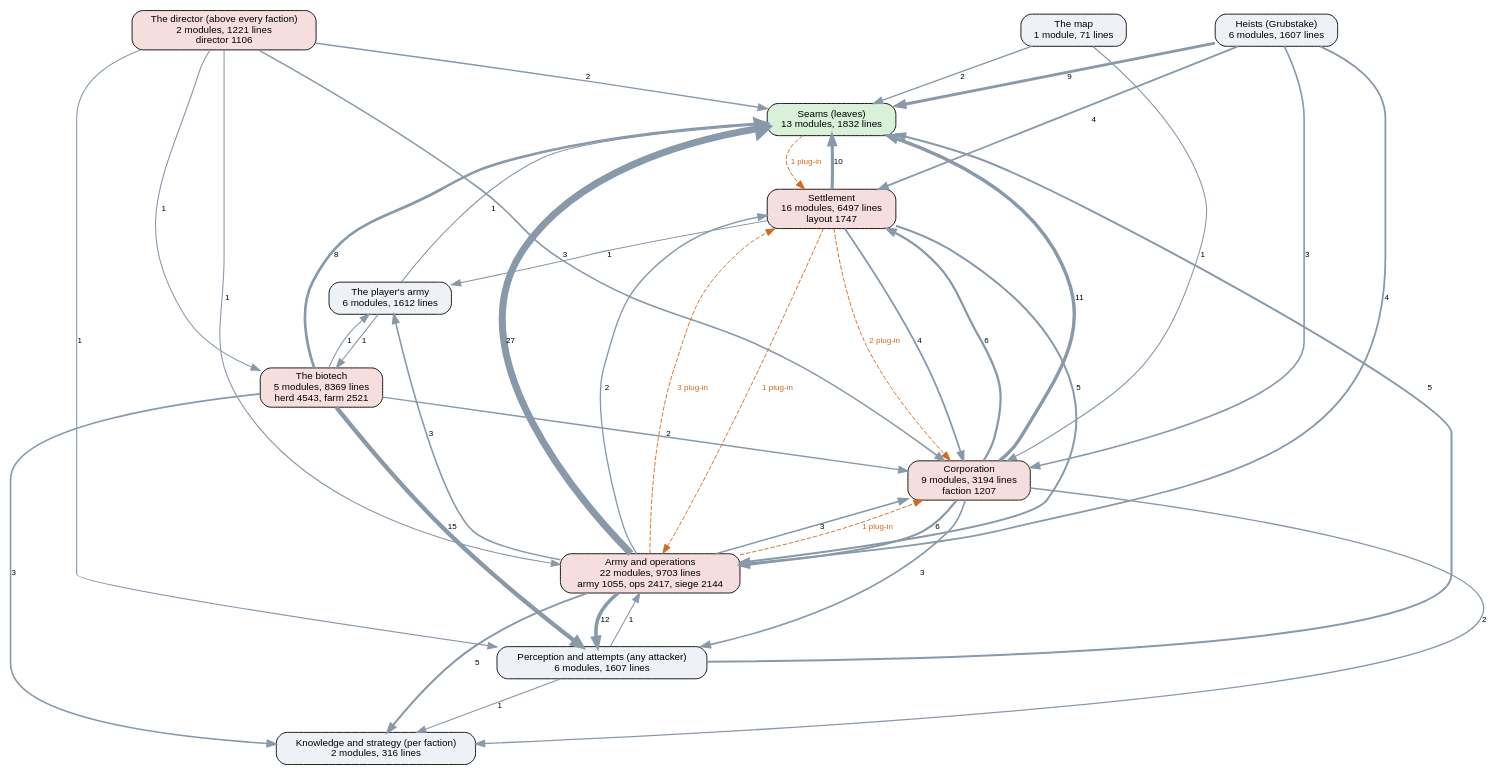
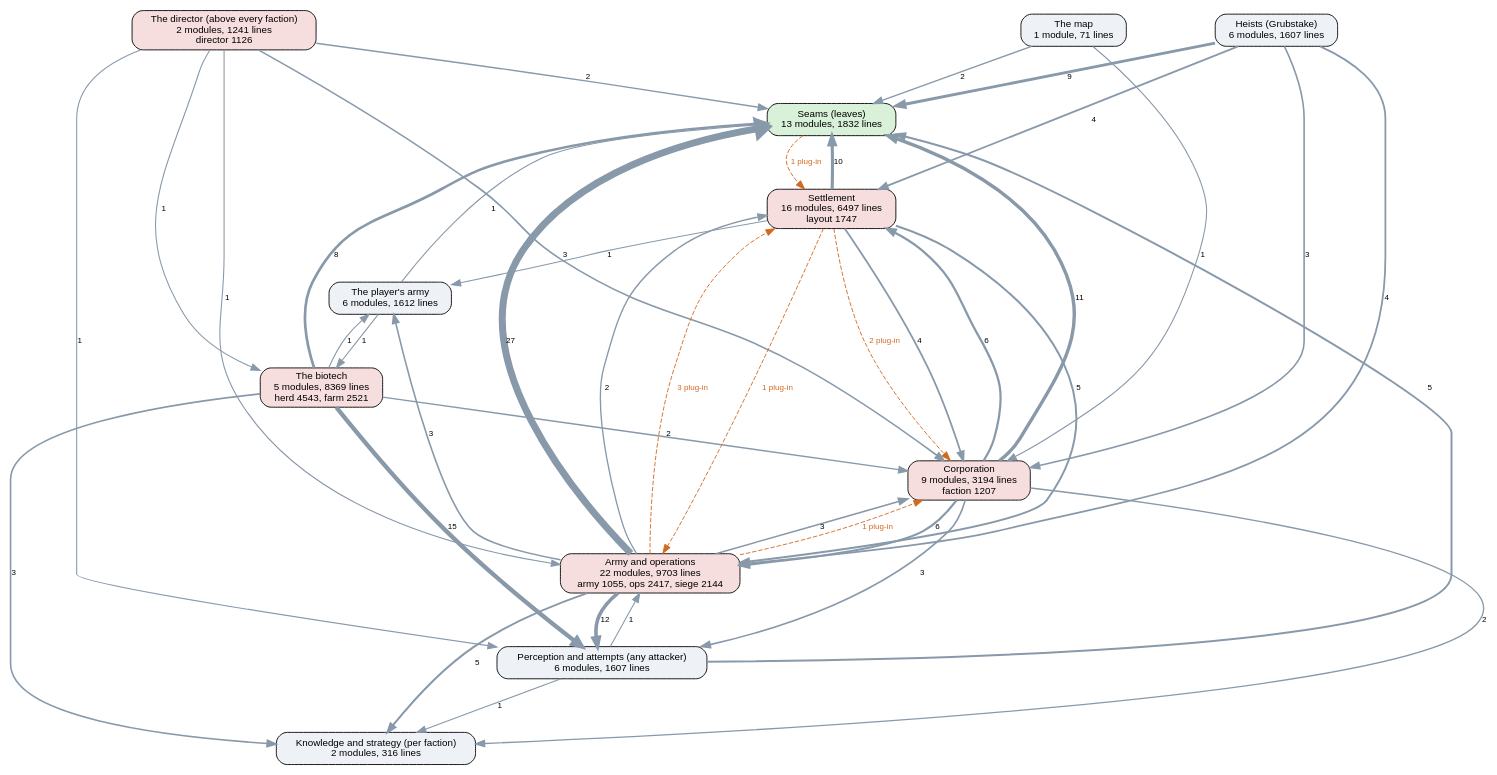
Before and after one commit to kinelhu/landing-party: the diagram in docs/ai-layers.dot, drawn with Graphviz. The commit also changed 11 other files, not shown here.

```diff
--- a/docs/ai-layers.dot
+++ b/docs/ai-layers.dot
@@ -1,57 +1,57 @@
 digraph layers {
   graph [rankdir=TB, fontname="Helvetica", nodesep=0.5, ranksep=0.7];
   node [shape=box, style="rounded,filled", fontname="Helvetica", fontsize=11, fillcolor="#eef2f7"];
   edge [color="#8899aa", fontname="Helvetica", fontsize=9];
   "Seams (leaves)" [label="Seams (leaves)\n13 modules, 1832 lines", fillcolor="#d9f0d9"];
   "Perception and attempts (any attacker)" [label="Perception and attempts (any attacker)\n6 modules, 1607 lines", fillcolor="#eef2f7"];
   "Knowledge and strategy (per faction)" [label="Knowledge and strategy (per faction)\n2 modules, 316 lines", fillcolor="#eef2f7"];
-  "The director (above every faction)" [label="The director (above every faction)\n2 modules, 1221 lines\ndirector 1106", fillcolor="#f7dede"];
+  "The director (above every faction)" [label="The director (above every faction)\n2 modules, 1241 lines\ndirector 1126", fillcolor="#f7dede"];
   "Corporation" [label="Corporation\n9 modules, 3194 lines\nfaction 1207", fillcolor="#f7dede"];
   "Settlement" [label="Settlement\n16 modules, 6497 lines\nlayout 1747", fillcolor="#f7dede"];
   "Army and operations" [label="Army and operations\n22 modules, 9703 lines\narmy 1055, ops 2417, siege 2144", fillcolor="#f7dede"];
   "Heists (Grubstake)" [label="Heists (Grubstake)\n6 modules, 1607 lines", fillcolor="#eef2f7"];
   "The biotech" [label="The biotech\n5 modules, 8369 lines\nherd 4543, farm 2521", fillcolor="#f7dede"];
   "The map" [label="The map\n1 module, 71 lines", fillcolor="#eef2f7"];
   "The player's army" [label="The player's army\n6 modules, 1612 lines", fillcolor="#eef2f7"];
   "Army and operations" -> "Corporation" [label="3", penwidth=1.8];
   "Army and operations" -> "Knowledge and strategy (per faction)" [label="5", penwidth=2.2];
   "Army and operations" -> "Perception and attempts (any attacker)" [label="12", penwidth=4.0];
   "Army and operations" -> "Seams (leaves)" [label="27", penwidth=7.8];
   "Army and operations" -> "Settlement" [label="2", penwidth=1.5];
   "Army and operations" -> "The player's army" [label="3", penwidth=1.8];
   "Corporation" -> "Army and operations" [label="6", penwidth=2.5];
   "Corporation" -> "Knowledge and strategy (per faction)" [label="2", penwidth=1.5];
   "Corporation" -> "Perception and attempts (any attacker)" [label="3", penwidth=1.8];
   "Corporation" -> "Seams (leaves)" [label="11", penwidth=3.8];
   "Corporation" -> "Settlement" [label="6", penwidth=2.5];
   "Heists (Grubstake)" -> "Army and operations" [label="4", penwidth=2.0];
   "Heists (Grubstake)" -> "Corporation" [label="3", penwidth=1.8];
   "Heists (Grubstake)" -> "Seams (leaves)" [label="9", penwidth=3.2];
   "Heists (Grubstake)" -> "Settlement" [label="4", penwidth=2.0];
   "Perception and attempts (any attacker)" -> "Army and operations" [label="1", penwidth=1.2];
   "Perception and attempts (any attacker)" -> "Knowledge and strategy (per faction)" [label="1", penwidth=1.2];
   "Perception and attempts (any attacker)" -> "Seams (leaves)" [label="5", penwidth=2.2];
   "Settlement" -> "Army and operations" [label="5", penwidth=2.2];
   "Settlement" -> "Corporation" [label="4", penwidth=2.0];
   "Settlement" -> "Seams (leaves)" [label="10", penwidth=3.5];
   "Settlement" -> "The player's army" [label="1", penwidth=1.2];
   "The biotech" -> "Corporation" [label="2", penwidth=1.5];
   "The biotech" -> "Knowledge and strategy (per faction)" [label="3", penwidth=1.8];
   "The biotech" -> "Perception and attempts (any attacker)" [label="15", penwidth=4.8];
   "The biotech" -> "Seams (leaves)" [label="8", penwidth=3.0];
   "The biotech" -> "The player's army" [label="1", penwidth=1.2];
   "The director (above every faction)" -> "Army and operations" [label="1", penwidth=1.2];
   "The director (above every faction)" -> "Corporation" [label="3", penwidth=1.8];
   "The director (above every faction)" -> "Perception and attempts (any attacker)" [label="1", penwidth=1.2];
   "The director (above every faction)" -> "Seams (leaves)" [label="2", penwidth=1.5];
   "The director (above every faction)" -> "The biotech" [label="1", penwidth=1.2];
   "The map" -> "Corporation" [label="1", penwidth=1.2];
   "The map" -> "Seams (leaves)" [label="2", penwidth=1.5];
   "The player's army" -> "Seams (leaves)" [label="1", penwidth=1.2];
   "The player's army" -> "The biotech" [label="1", penwidth=1.2];
   "Army and operations" -> "Corporation" [style=dashed, color="#d2691e", fontcolor="#d2691e", label="1 plug-in"];
   "Army and operations" -> "Settlement" [style=dashed, color="#d2691e", fontcolor="#d2691e", label="3 plug-in"];
   "Seams (leaves)" -> "Settlement" [style=dashed, color="#d2691e", fontcolor="#d2691e", label="1 plug-in"];
   "Settlement" -> "Army and operations" [style=dashed, color="#d2691e", fontcolor="#d2691e", label="1 plug-in"];
   "Settlement" -> "Corporation" [style=dashed, color="#d2691e", fontcolor="#d2691e", label="2 plug-in"];
 }
```
